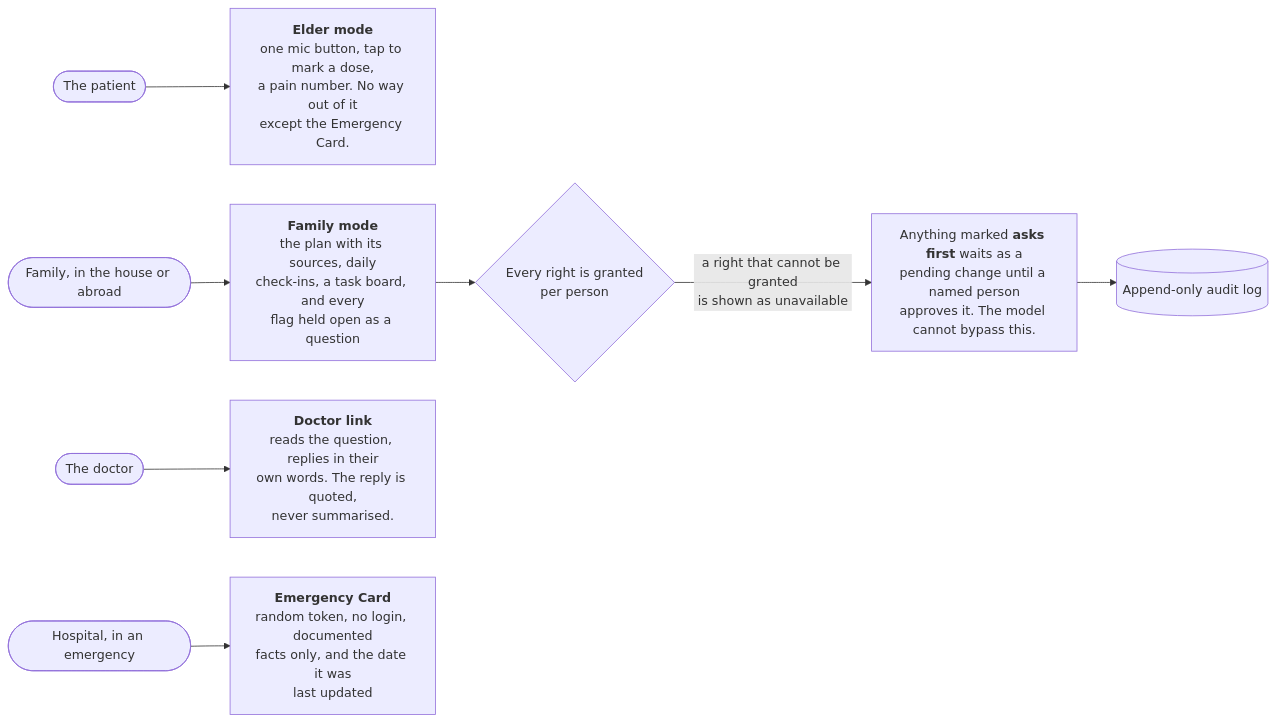
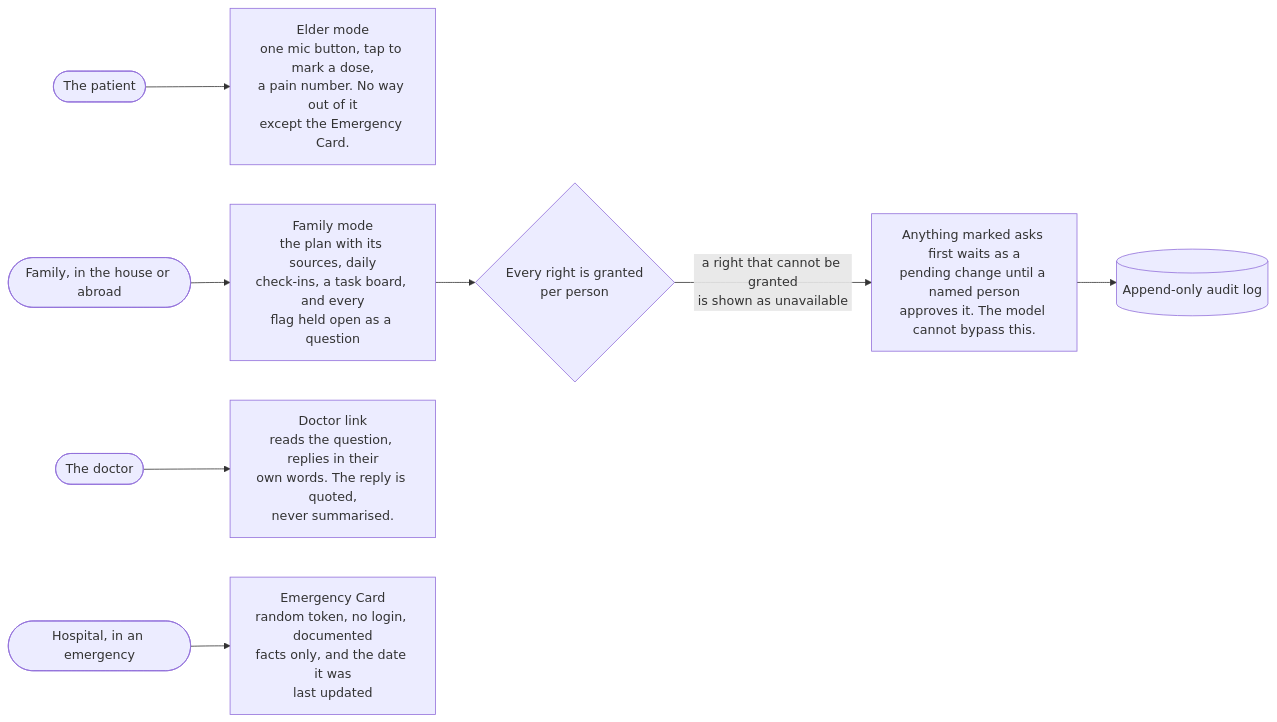
One commit to Hetul16/caresaathi changed the third of 4 diagrams in README.md. Above: the diagram before and after it, drawn with Mermaid. The commit also changed other lines of this file, not shown here.

First line of the commit message:
The README's diagrams render on GitHub, and the Meta models get their own section

````diff
--- a/README.md
+++ b/README.md
@@ -146,11 +191,11 @@
 ```mermaid
 flowchart LR
-  pt(["The patient"]) --> em["<b>Elder mode</b><br/>one mic button, tap to mark a dose,<br/>a pain number. No way out of it<br/>except the Emergency Card."]
-  fa(["Family, in the house or abroad"]) --> fm["<b>Family mode</b><br/>the plan with its sources, daily<br/>check-ins, a task board, and every<br/>flag held open as a question"]
-  dr(["The doctor"]) --> dl["<b>Doctor link</b><br/>reads the question, replies in their<br/>own words. The reply is quoted,<br/>never summarised."]
-  er(["Hospital, in an emergency"]) --> ec["<b>Emergency Card</b><br/>random token, no login, documented<br/>facts only, and the date it was<br/>last updated"]
+  pt(["The patient"]) --> em["Elder mode<br>one mic button, tap to mark a dose,<br>a pain number. No way out of it<br>except the Emergency Card."]
+  fa(["Family, in the house or abroad"]) --> fm["Family mode<br>the plan with its sources, daily<br>check-ins, a task board, and every<br>flag held open as a question"]
+  dr(["The doctor"]) --> dl["Doctor link<br>reads the question, replies in their<br>own words. The reply is quoted,<br>never summarised."]
+  er(["Hospital, in an emergency"]) --> ec["Emergency Card<br>random token, no login, documented<br>facts only, and the date it was<br>last updated"]
 
-  fm --> perm{"Every right is granted<br/>per person"}
-  perm -->|"a right that cannot be granted<br/>is shown as unavailable"| ask["Anything marked <b>asks first</b> waits as a<br/>pending change until a named person<br/>approves it. The model cannot bypass this."]
+  fm --> perm{"Every right is granted<br>per person"}
+  perm -->|"a right that cannot be granted<br>is shown as unavailable"| ask["Anything marked asks first waits as a<br>pending change until a named person<br>approves it. The model cannot bypass this."]
   ask --> audit[("Append-only audit log")]
 ```
````
